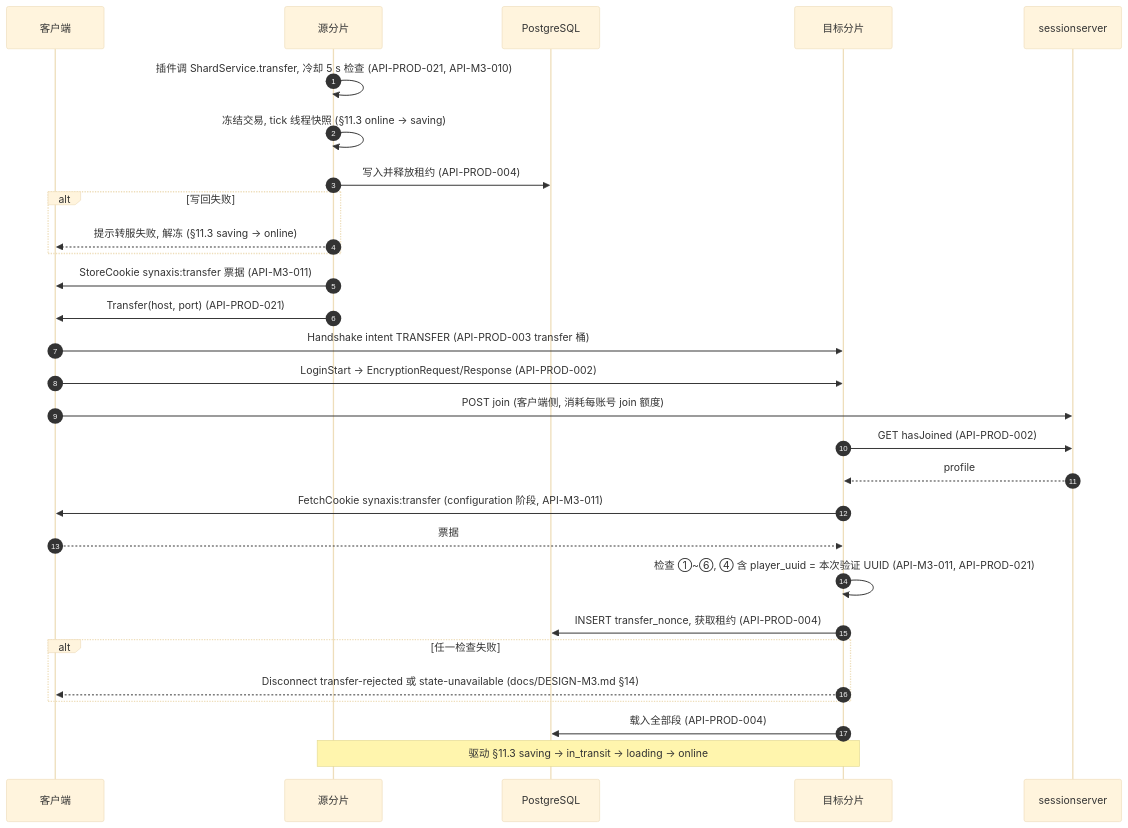
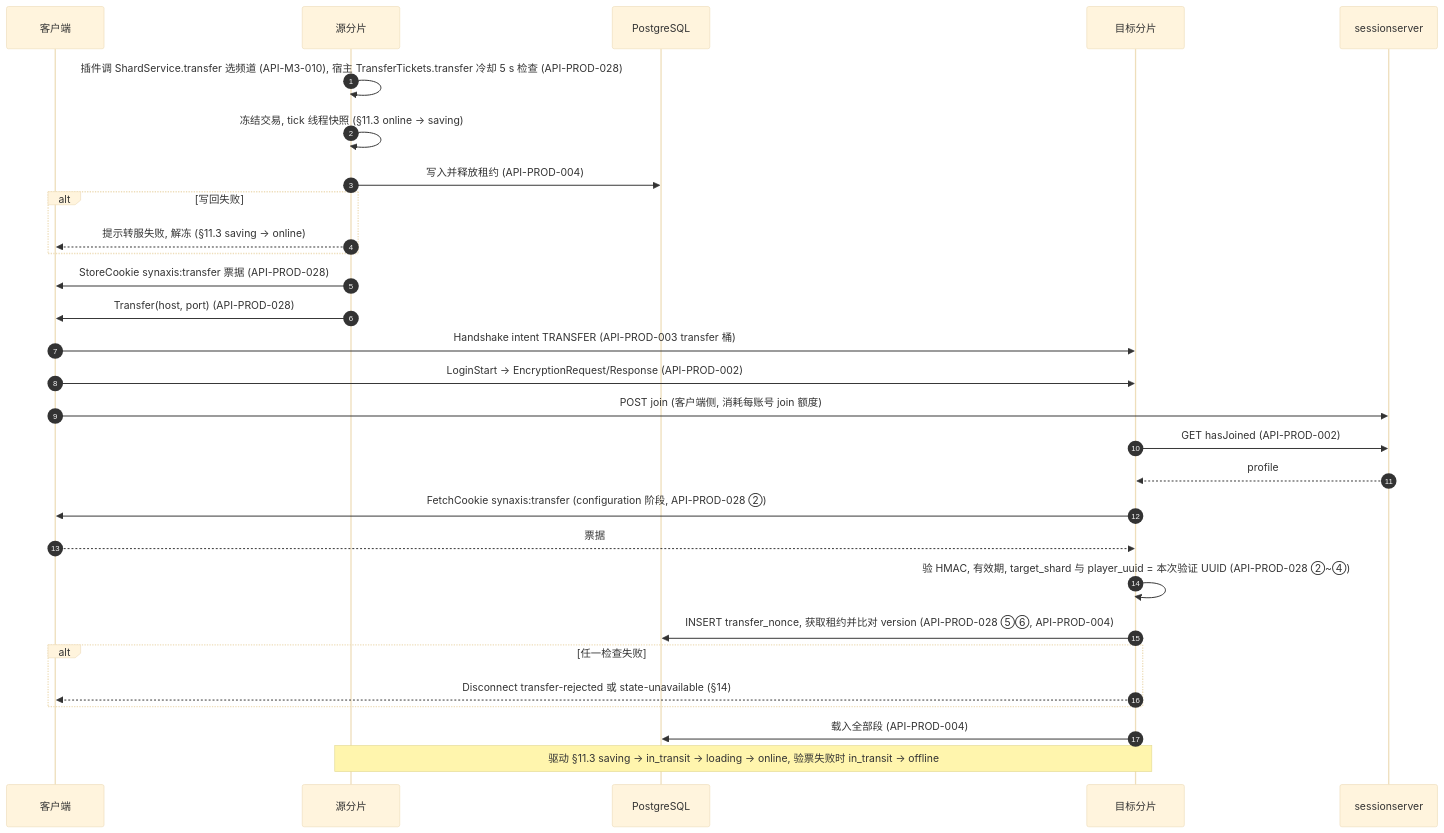
The tenth of 12 diagrams in docs/DESIGN-PROD.md (Bearisbug/synaxis), drawn with Mermaid (base theme) before and after one commit. The commit also changed other lines of this file, not shown here.

First line of the commit message:
docs(prod): DESIGN-PROD v0.5 defines the transfer ticket itself

````diff
--- a/docs/DESIGN-PROD.md
+++ b/docs/DESIGN-PROD.md
@@ -991,31 +1025,31 @@
 ```mermaid
 sequenceDiagram
   autonumber
   participant C as 客户端
   participant A as 源分片
   participant P as PostgreSQL
   participant B as 目标分片
   participant M as sessionserver
-  A->>A: 插件调 ShardService.transfer, 冷却 5 s 检查 (API-PROD-021, API-M3-010)
+  A->>A: 插件调 ShardService.transfer 选频道 (API-M3-010), 宿主 TransferTickets.transfer 冷却 5 s 检查 (API-PROD-028)
   A->>A: 冻结交易, tick 线程快照 (§11.3 online → saving)
   A->>P: 写入并释放租约 (API-PROD-004)
   alt 写回失败
     A-->>C: 提示转服失败, 解冻 (§11.3 saving → online)
   end
-  A->>C: StoreCookie synaxis:transfer 票据 (API-M3-011)
-  A->>C: Transfer(host, port) (API-PROD-021)
+  A->>C: StoreCookie synaxis:transfer 票据 (API-PROD-028)
+  A->>C: Transfer(host, port) (API-PROD-028)
   C->>B: Handshake intent TRANSFER (API-PROD-003 transfer 桶)
   C->>B: LoginStart → EncryptionRequest/Response (API-PROD-002)
   C->>M: POST join (客户端侧, 消耗每账号 join 额度)
   B->>M: GET hasJoined (API-PROD-002)
   M-->>B: profile
-  B->>C: FetchCookie synaxis:transfer (configuration 阶段, API-M3-011)
+  B->>C: FetchCookie synaxis:transfer (configuration 阶段, API-PROD-028 ②)
   C-->>B: 票据
-  B->>B: 检查 ①~⑥, ④ 含 player_uuid = 本次验证 UUID (API-M3-011, API-PROD-021)
-  B->>P: INSERT transfer_nonce, 获取租约 (API-PROD-004)
+  B->>B: 验 HMAC, 有效期, target_shard 与 player_uuid = 本次验证 UUID (API-PROD-028 ②~④)
+  B->>P: INSERT transfer_nonce, 获取租约并比对 version (API-PROD-028 ⑤⑥, API-PROD-004)
   alt 任一检查失败
-    B-->>C: Disconnect transfer-rejected 或 state-unavailable (docs/DESIGN-M3.md §14)
+    B-->>C: Disconnect transfer-rejected 或 state-unavailable (§14)
   end
   B->>P: 载入全部段 (API-PROD-004)
-  Note over A,B: 驱动 §11.3 saving → in_transit → loading → online
+  Note over A,B: 驱动 §11.3 saving → in_transit → loading → online, 验票失败时 in_transit → offline
 ```
````
